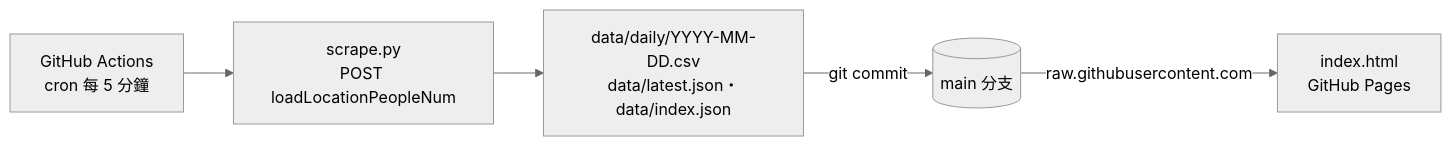
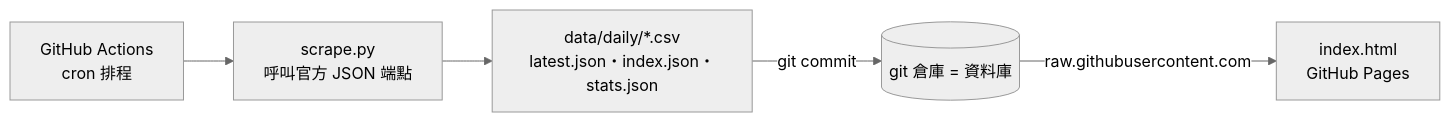
Before and after one commit to STARZ333/tpsc-monitor: the diagram in README.md, drawn with Mermaid (neutral theme). The commit also changed other lines of this file and 2 other files, not shown here.

````diff
--- a/README.md
+++ b/README.md
@@ -13,7 +31,7 @@
 ```mermaid
 flowchart LR
-    A[GitHub Actions<br>cron 每 5 分鐘] --> B[scrape.py<br>POST loadLocationPeopleNum]
-    B --> C[data/daily/YYYY-MM-DD.csv<br>data/latest.json・data/index.json]
-    C -- git commit --> D[(main 分支)]
+    A[GitHub Actions<br>cron 排程] --> B[scrape.py<br>呼叫官方 JSON 端點]
+    B --> C[data/daily/*.csv<br>latest.json・index.json・stats.json]
+    C -- git commit --> D[(git 倉庫 = 資料庫)]
     D -- raw.githubusercontent.com --> E[index.html<br>GitHub Pages]
 ```
````
